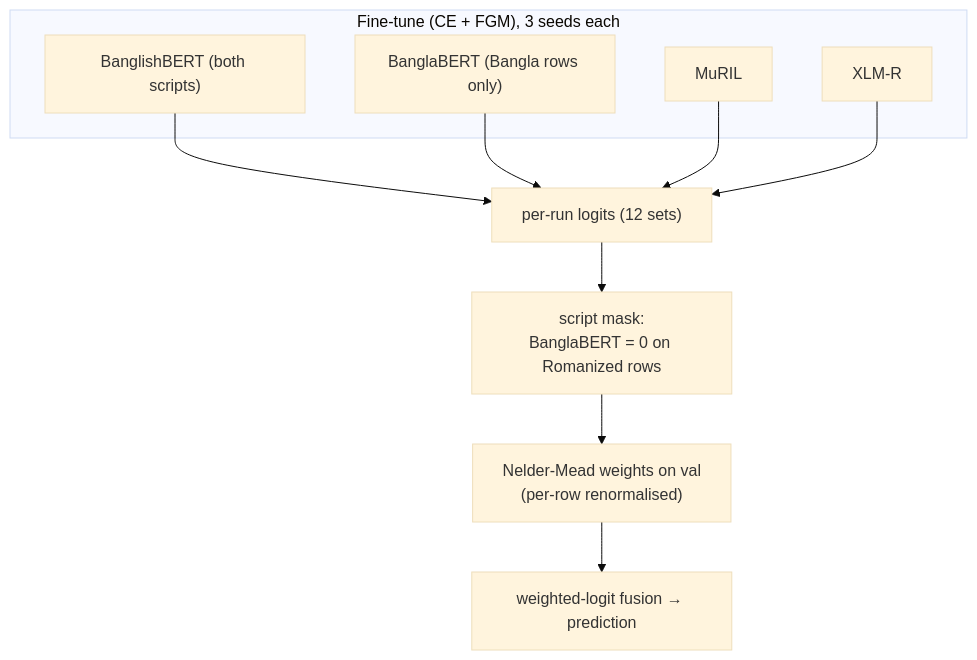
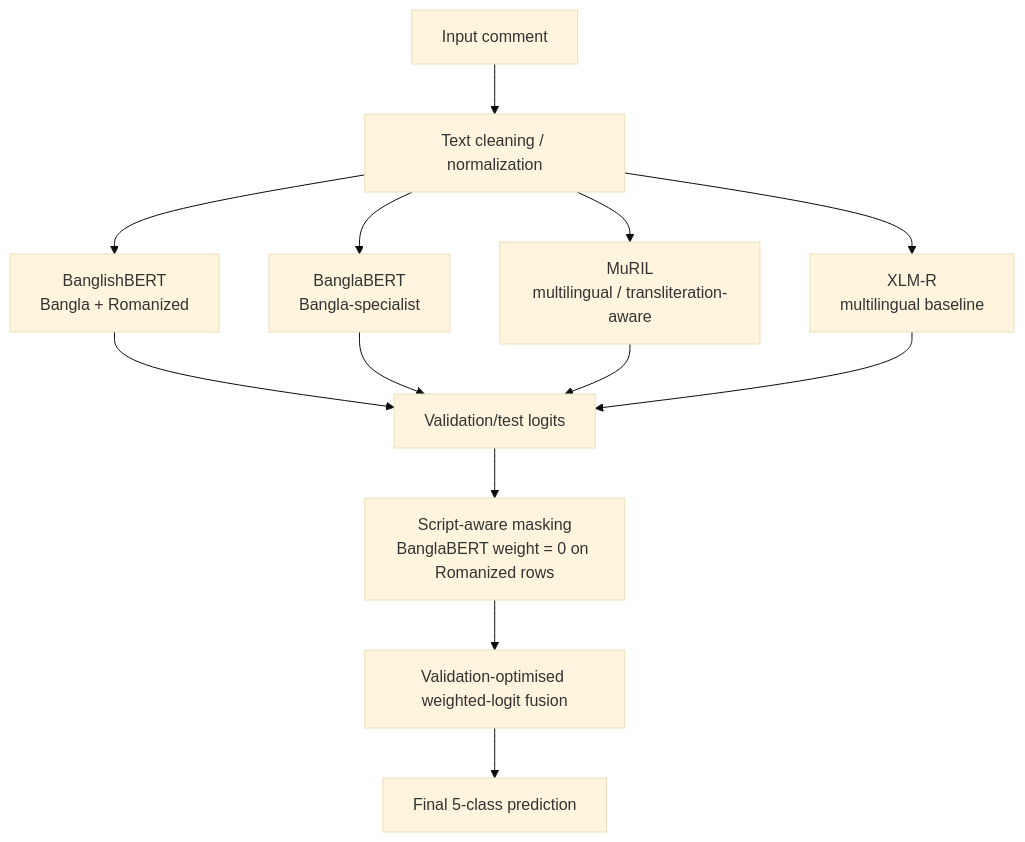
One commit to Sefayet-Alam/BanglaCyberBench changed the diagram in Readme.md. Above: the diagram before and after it, drawn with Mermaid (base theme). The commit also changed other lines of this file, not shown here.

````diff
--- a/Readme.md
+++ b/Readme.md
@@ -166,13 +147,17 @@
 ```mermaid
 flowchart TD
-  subgraph FT["Fine-tune (CE + FGM), 3 seeds each"]
-    B1["BanglishBERT (both scripts)"]
-    B2["BanglaBERT (Bangla rows only)"]
-    B3[MuRIL]
-    B4[XLM-R]
-  end
-  B1 & B2 & B3 & B4 --> LG["per-run logits (12 sets)"]
-  LG --> MK["script mask:<br/>BanglaBERT = 0 on Romanized rows"]
-  MK --> W["Nelder-Mead weights on val<br/>(per-row renormalised)"]
-  W --> P["weighted-logit fusion → prediction"]
+  A["Input comment"] --> B["Text cleaning / normalization"]
+  B --> C1["BanglishBERT<br/>Bangla + Romanized"]
+  B --> C2["BanglaBERT<br/>Bangla-specialist"]
+  B --> C3["MuRIL<br/>multilingual / transliteration-aware"]
+  B --> C4["XLM-R<br/>multilingual baseline"]
+
+  C1 --> D["Validation/test logits"]
+  C2 --> D
+  C3 --> D
+  C4 --> D
+
+  D --> E["Script-aware masking<br/>BanglaBERT weight = 0 on Romanized rows"]
+  E --> F["Validation-optimised weighted-logit fusion"]
+  F --> G["Final 5-class prediction"]
 ```
````
